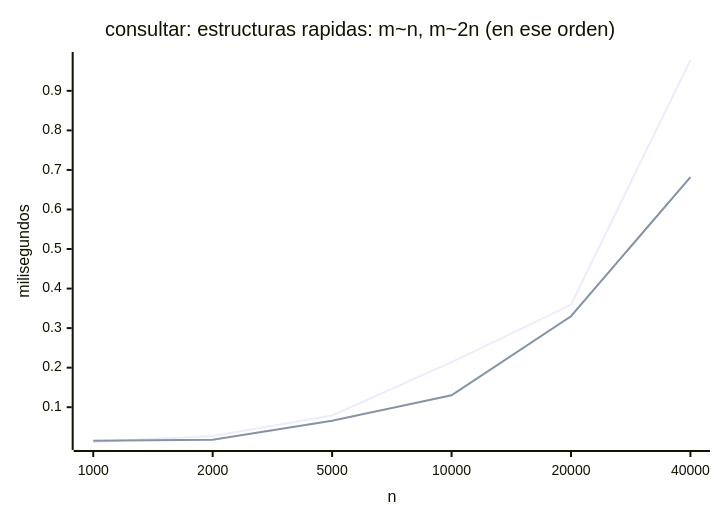
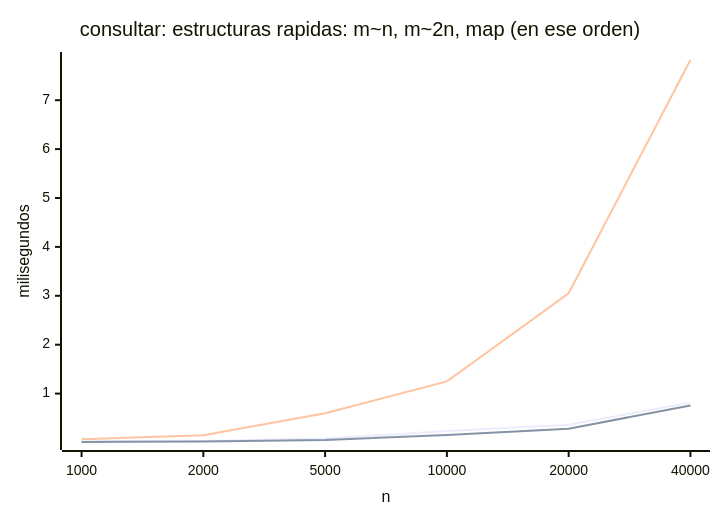
One commit to JuanManuelParedes/estr-2026-2-proyecto changed the second of 4 diagrams in docs/informe-final.md. Above: the diagram before and after it, drawn with Mermaid. The commit also changed other lines of this file and 4 other files, not shown here.

````diff
--- a/docs/informe-final.md
+++ b/docs/informe-final.md
@@ -503,8 +516,9 @@
 ```mermaid
 xychart-beta
-  title "consultar: estructuras rapidas: m~n, m~2n (en ese orden)"
+  title "consultar: estructuras rapidas: m~n, m~2n, map (en ese orden)"
   x-axis "n" [1000, 2000, 5000, 10000, 20000, 40000]
   y-axis "milisegundos"
-  line [0.012, 0.027, 0.079, 0.214, 0.359, 0.978]
-  line [0.015, 0.018, 0.066, 0.130, 0.330, 0.682]
+  line [0.013, 0.030, 0.080, 0.234, 0.365, 0.815]
+  line [0.010, 0.022, 0.050, 0.152, 0.281, 0.758]
+  line [0.066, 0.148, 0.600, 1.249, 3.051, 7.822]
 ```
````
